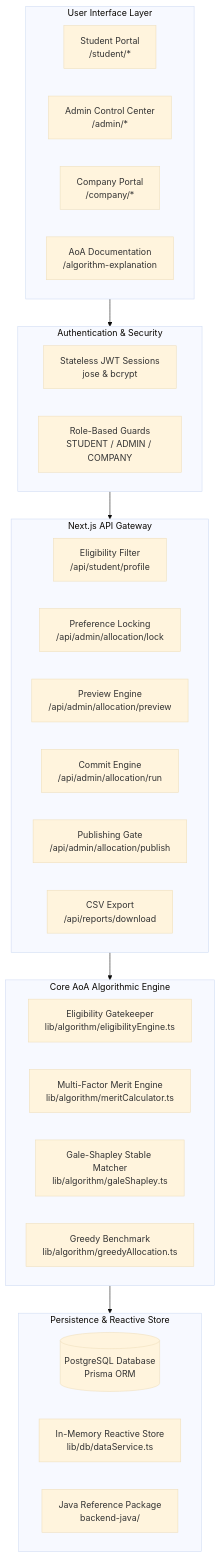
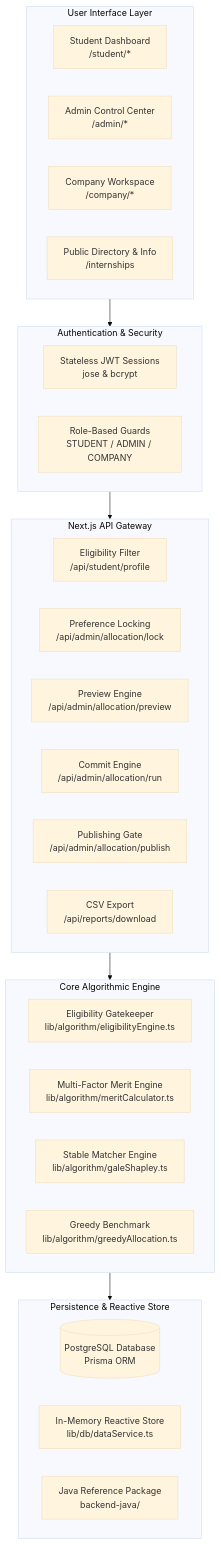
Before and after one commit to yadavumang247-prog/Placera_internship-system: the first of 3 diagrams in README.md, drawn with Mermaid (base theme). The commit also changed other lines of this file and 80 other files, not shown here.

````diff
--- a/README.md
+++ b/README.md
@@ -92,41 +92,41 @@
 ```mermaid
 graph TD
     subgraph UI_Layer [User Interface Layer]
-        A1[Student Portal\n/student/*]
+        A1[Student Dashboard\n/student/*]
         A2[Admin Control Center\n/admin/*]
-        A3[Company Portal\n/company/*]
-        A4[AoA Documentation\n/algorithm-explanation]
+        A3[Company Workspace\n/company/*]
+        A4[Public Directory & Info\n/internships]
     end
 
     subgraph Auth_Layer [Authentication & Security]
         B1[Stateless JWT Sessions\njose & bcrypt]
         B2[Role-Based Guards\nSTUDENT / ADMIN / COMPANY]
     end
 
     subgraph API_Layer [Next.js API Gateway]
         C1[Eligibility Filter\n/api/student/profile]
         C2[Preference Locking\n/api/admin/allocation/lock]
         C3[Preview Engine\n/api/admin/allocation/preview]
         C4[Commit Engine\n/api/admin/allocation/run]
         C5[Publishing Gate\n/api/admin/allocation/publish]
         C6[CSV Export\n/api/reports/download]
     end
 
-    subgraph Engine_Layer [Core AoA Algorithmic Engine]
+    subgraph Engine_Layer [Core Algorithmic Engine]
         D1[Eligibility Gatekeeper\nlib/algorithm/eligibilityEngine.ts]
         D2[Multi-Factor Merit Engine\nlib/algorithm/meritCalculator.ts]
-        D3[Gale-Shapley Stable Matcher\nlib/algorithm/galeShapley.ts]
+        D3[Stable Matcher Engine\nlib/algorithm/galeShapley.ts]
         D4[Greedy Benchmark\nlib/algorithm/greedyAllocation.ts]
     end
 
     subgraph Data_Layer [Persistence & Reactive Store]
         E1[(PostgreSQL Database\nPrisma ORM)]
         E2[In-Memory Reactive Store\nlib/db/dataService.ts]
         E3[Java Reference Package\nbackend-java/]
     end
 
     UI_Layer --> Auth_Layer
     Auth_Layer --> API_Layer
     API_Layer --> Engine_Layer
     Engine_Layer --> Data_Layer
 ```
````
